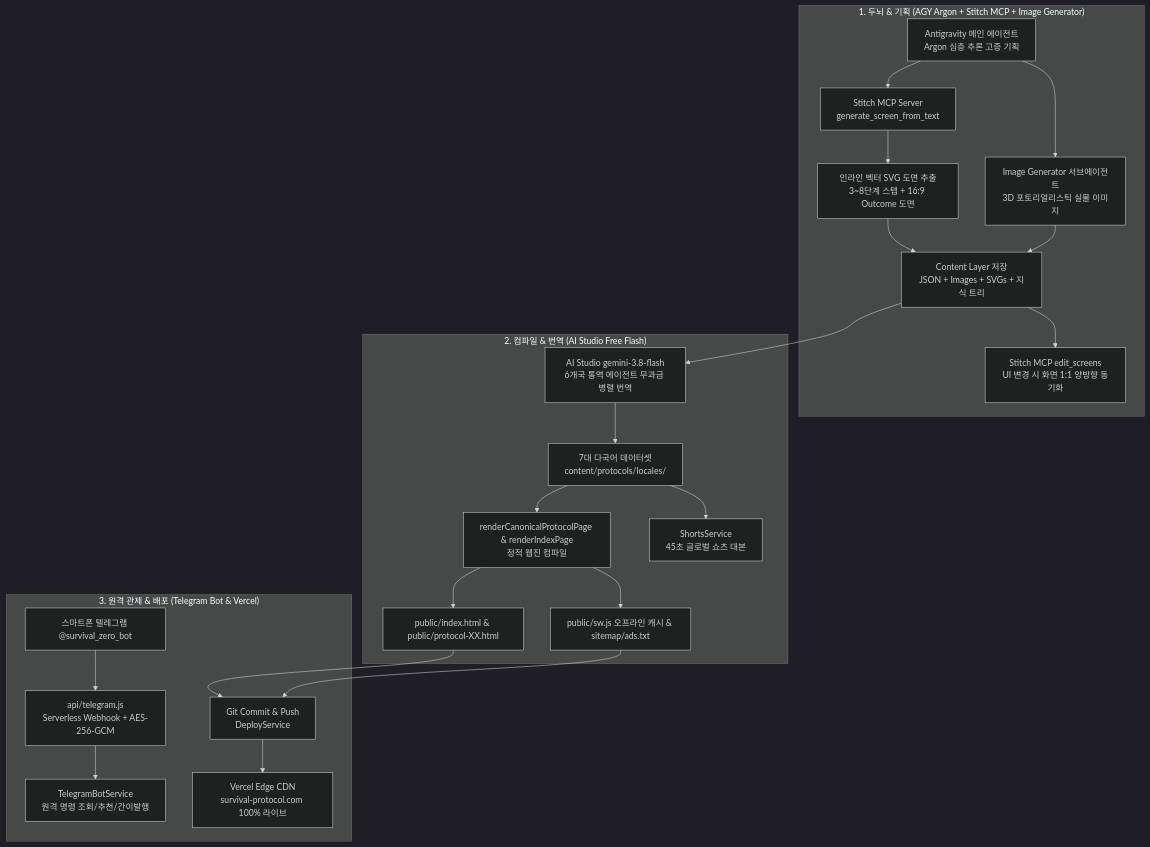
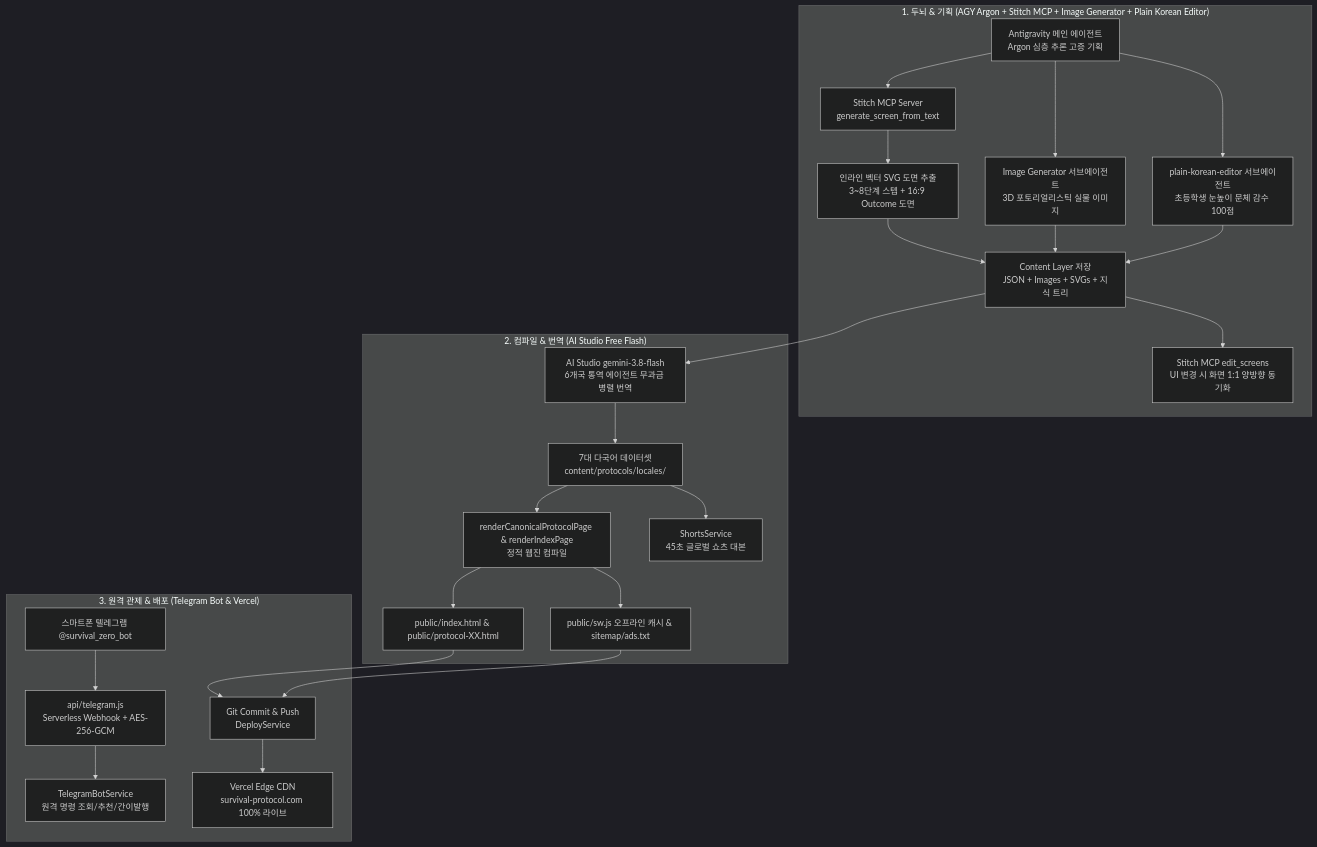
One commit to zozero94/survival-protocol changed the diagram in PROJECT_SPEC.md. Above: the diagram before and after it, drawn with Mermaid (dark theme). The commit also changed other lines of this file and 21 other files, not shown here.

Commit message:
feat: Add plain-korean-editor subagent, Suite 14 audit engine, and rewrite PR-01 in kid-friendly plain language

````diff
--- a/PROJECT_SPEC.md
+++ b/PROJECT_SPEC.md
@@ -23,26 +27,27 @@
 ```mermaid
 flowchart TD
-    subgraph Tier1["1. 두뇌 & 기획 (AGY Argon + Stitch MCP + Image Generator)"]
+    subgraph Tier1["1. 두뇌 & 기획 (AGY Argon + Stitch MCP + Image Generator + Plain Korean Editor)"]
         A[Antigravity 메인 에이전트<br/>Argon 심층 추론 고증 기획] --> B[Stitch MCP Server<br/>generate_screen_from_text]
         A --> IMG[Image Generator 서브에이전트<br/>3D 포토리얼리스틱 실물 이미지]
+        A --> EDT[plain-korean-editor 서브에이전트<br/>초등학생 눈높이 문체 감수 100점]
         B --> C[인라인 벡터 SVG 도면 추출<br/>3~8단계 스텝 + 16:9 Outcome 도면]
-        C & IMG --> D[Content Layer 저장<br/>JSON + Images + SVGs + 지식 트리]
+        C & IMG & EDT --> D[Content Layer 저장<br/>JSON + Images + SVGs + 지식 트리]
         D --> E[Stitch MCP edit_screens<br/>UI 변경 시 화면 1:1 양방향 동기화]
     end
 
     subgraph Tier2["2. 컴파일 & 번역 (AI Studio Free Flash)"]
         D --> F[AI Studio gemini-3.8-flash<br/>6개국 통역 에이전트 무과금 병렬 번역]
         F --> G[7대 다국어 데이터셋<br/>content/protocols/locales/]
         G --> H[renderCanonicalProtocolPage & renderIndexPage<br/>정적 웹진 컴파일]
         G --> I[ShortsService<br/>45초 글로벌 쇼츠 대본]
         H --> J[public/index.html & public/protocol-XX.html]
         H --> K[public/sw.js 오프라인 캐시 & sitemap/ads.txt]
     end
 
     subgraph Tier3["3. 원격 관제 & 배포 (Telegram Bot & Vercel)"]
         L[스마트폰 텔레그램 @survival_zero_bot] --> M[api/telegram.js<br/>Serverless Webhook + AES-256-GCM]
         M --> N[TelegramBotService<br/>원격 명령 조회/추천/간이발행]
         J & K --> O[Git Commit & Push<br/>DeployService]
         O --> P[Vercel Edge CDN<br/>survival-protocol.com 100% 라이브]
     end
 ```
````
